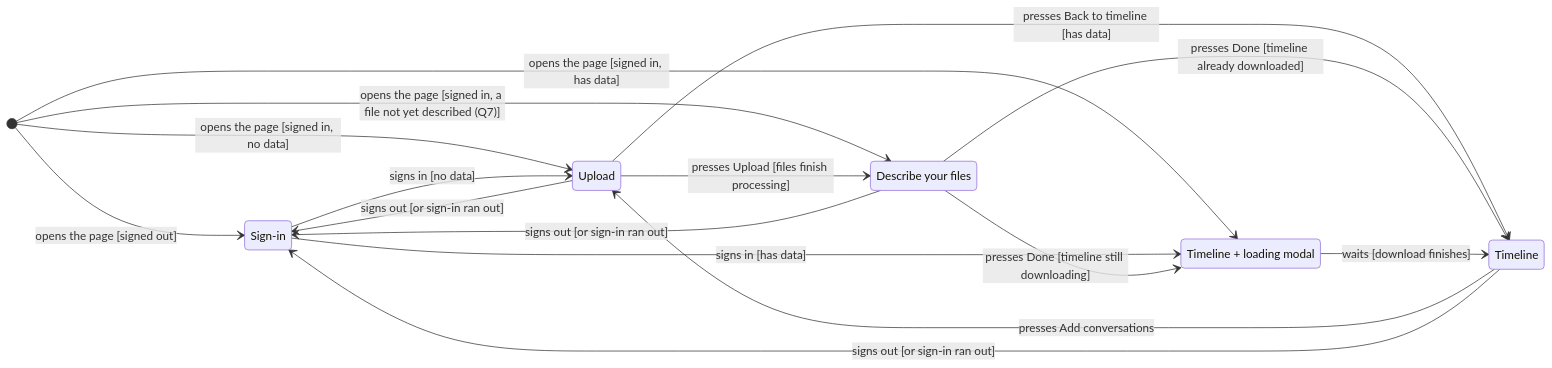
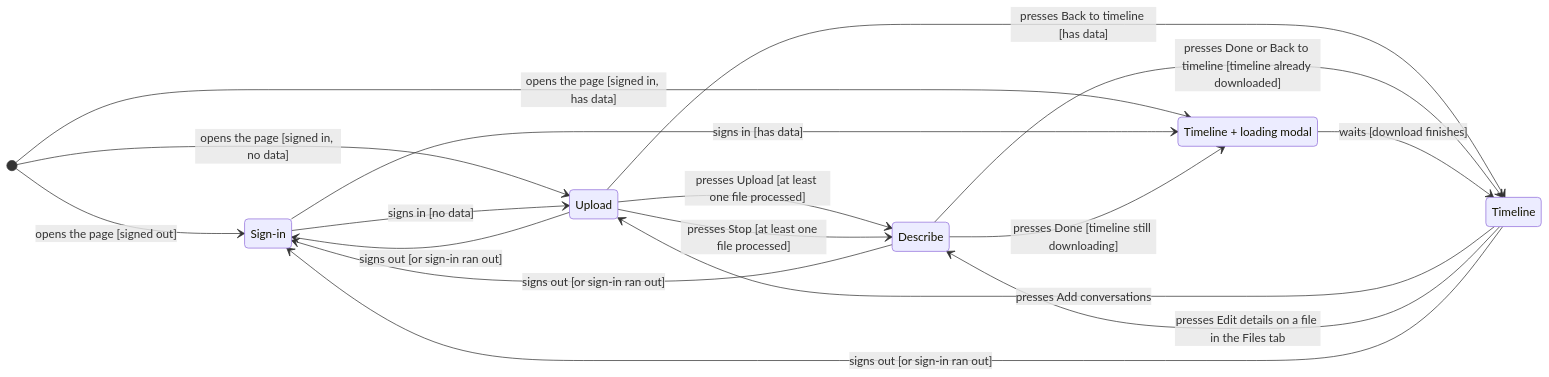
Before and after one commit to Telotrope/conversation-timeline: the diagram in docs/plans/2026-10-05-screen-flow.md, drawn with Mermaid. The commit also changed other lines of this file, not shown here.

First line of the commit message:
Plan: metadata on each conversation, guessed at upload; Files tab; Stop

````diff
--- a/docs/plans/2026-10-05-screen-flow.md
+++ b/docs/plans/2026-10-05-screen-flow.md
@@ -59,31 +66,32 @@
 ```mermaid
 stateDiagram-v2
     direction LR
     SignIn: Sign-in
     Upload: Upload
-    Describe: Describe your files
+    Describe: Describe
     Loading: Timeline + loading modal
     Timeline: Timeline
 
     [*] --> SignIn: opens the page [signed out]
     [*] --> Upload: opens the page [signed in, no data]
     [*] --> Loading: opens the page [signed in, has data]
-    [*] --> Describe: opens the page [signed in, a file not yet described (Q7)]
 
     SignIn --> Upload: signs in [no data]
     SignIn --> Loading: signs in [has data]
 
-    Upload --> Describe: presses Upload [files finish processing]
+    Upload --> Describe: presses Upload [at least one file processed]
+    Upload --> Describe: presses Stop [at least one file processed]
     Upload --> Timeline: presses Back to timeline [has data]
 
     Describe --> Loading: presses Done [timeline still downloading]
-    Describe --> Timeline: presses Done [timeline already downloaded]
+    Describe --> Timeline: presses Done or Back to timeline [timeline already downloaded]
 
     Loading --> Timeline: waits [download finishes]
 
     Timeline --> Upload: presses Add conversations
+    Timeline --> Describe: presses Edit details on a file in the Files tab
 
     Upload --> SignIn: signs out [or sign-in ran out]
     Describe --> SignIn: signs out [or sign-in ran out]
     Timeline --> SignIn: signs out [or sign-in ran out]
 ```
````
